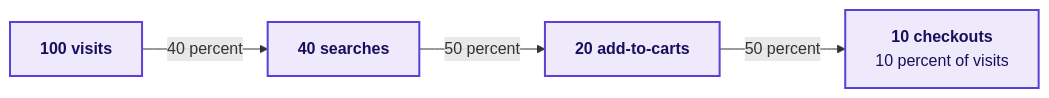
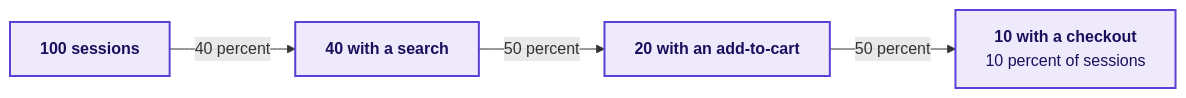
The fifth of 6 diagrams in content/W04/D4/slides/C2_W04_D04_half1_STUDENT.md (fde-academy-lab/c2-content-factory), drawn with Mermaid before and after one commit. The commit also changed other lines of this file and 5 other files, not shown here.

````diff
--- a/content/W04/D4/slides/C2_W04_D04_half1_STUDENT.md
+++ b/content/W04/D4/slides/C2_W04_D04_half1_STUDENT.md
@@ -662,8 +672,8 @@
 ```mermaid
 flowchart LR
-    V["<b>100 visits</b>"] -->|"40 percent"| S["<b>40 searches</b>"]
-    S -->|"50 percent"| A["<b>20 add-to-carts</b>"]
-    A -->|"50 percent"| C["<b>10 checkouts</b><br/>10 percent of visits"]
+    V["<b>100 sessions</b>"] -->|"40 percent"| S["<b>40 with a search</b>"]
+    S -->|"50 percent"| A["<b>20 with an add-to-cart</b>"]
+    A -->|"50 percent"| C["<b>10 with a checkout</b><br/>10 percent of sessions"]
     classDef known fill:#EEEAFB,stroke:#5B3FD6,color:#1A0F5C,stroke-width:2px
     class V,S,A,C known
 ```
````
